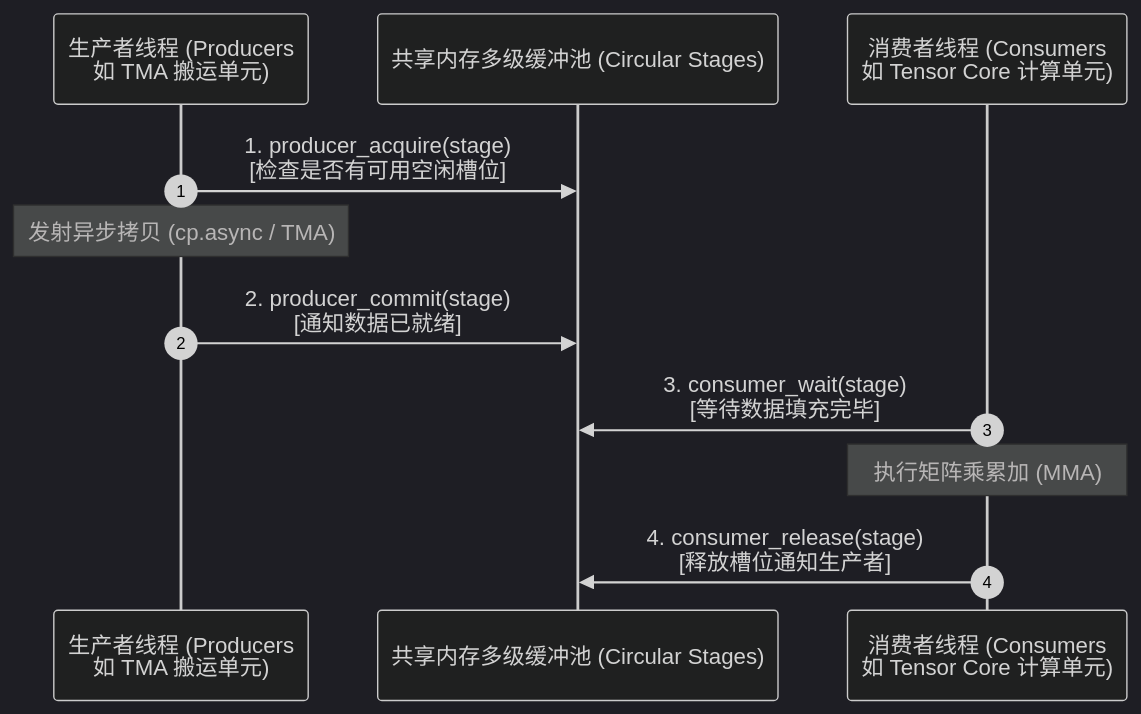
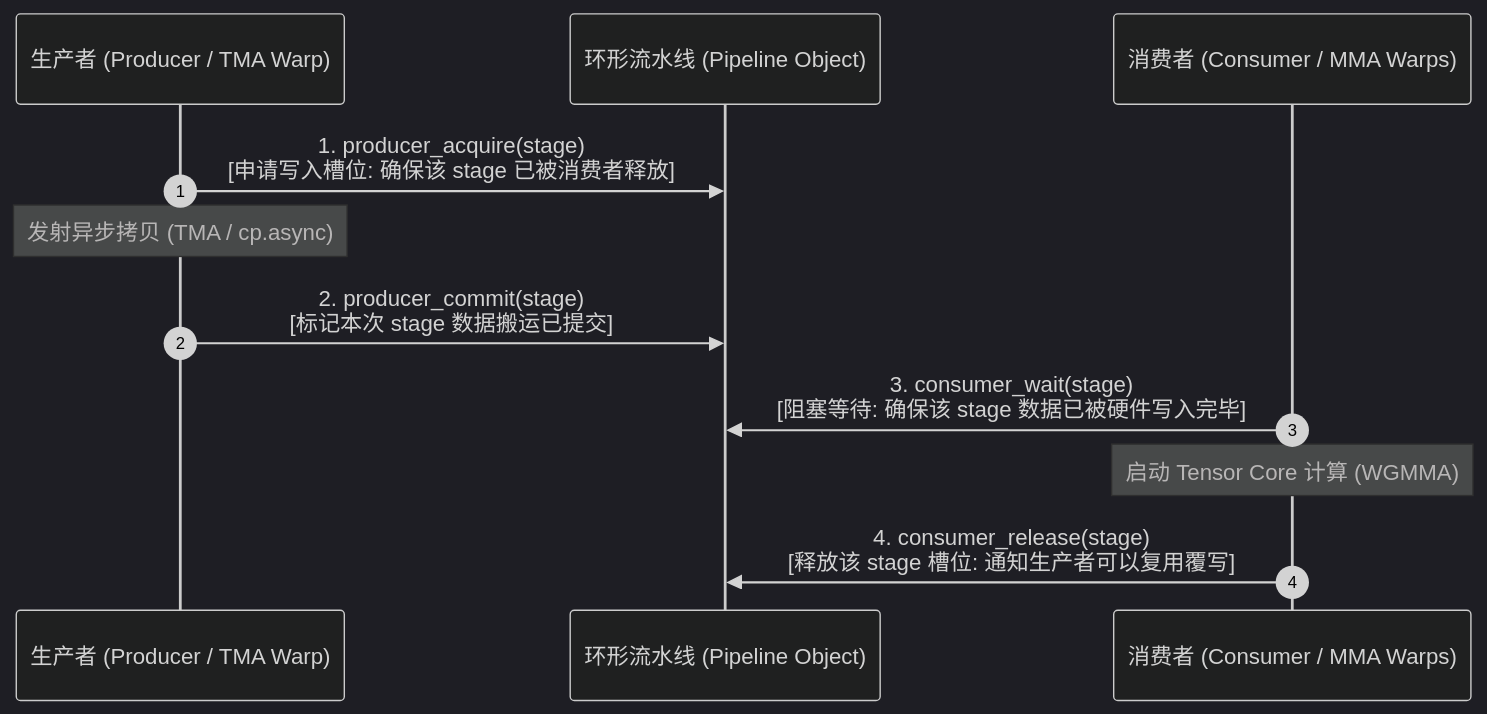
The fourth of 6 diagrams in docs/architecture/pipeline.md (MCJF28/cutlass-cute-zh), drawn with Mermaid (dark theme) before and after one commit. The commit also changed other lines of this file, not shown here.

Commit message:
docs: expand pipeline.md to 13k+ char architectural monograph on asynchronous pipelines and mbarrier

````diff
--- a/docs/architecture/pipeline.md
+++ b/docs/architecture/pipeline.md
@@ -29,15 +132,15 @@
 ```mermaid
 sequenceDiagram
     autonumber
-    participant P as 生产者线程 (Producers<br/>如 TMA 搬运单元)
-    participant B as 共享内存多级缓冲池 (Circular Stages)
-    participant C as 消费者线程 (Consumers<br/>如 Tensor Core 计算单元)
+    participant Producer as 生产者 (Producer / TMA Warp)
+    participant Pipe as 环形流水线 (Pipeline Object)
+    participant Consumer as 消费者 (Consumer / MMA Warps)
 
-    P->>B: 1. producer_acquire(stage)<br/>[检查是否有可用空闲槽位]
-    Note over P: 发射异步拷贝 (cp.async / TMA)
-    P->>B: 2. producer_commit(stage)<br/>[通知数据已就绪]
-    
-    C->>B: 3. consumer_wait(stage)<br/>[等待数据填充完毕]
-    Note over C: 执行矩阵乘累加 (MMA)
-    C->>B: 4. consumer_release(stage)<br/>[释放槽位通知生产者]
+    Producer->>Pipe: 1. producer_acquire(stage)<br/>[申请写入槽位: 确保该 stage 已被消费者释放]
+    Note over Producer: 发射异步拷贝 (TMA / cp.async)
+    Producer->>Pipe: 2. producer_commit(stage)<br/>[标记本次 stage 数据搬运已提交]
+
+    Consumer->>Pipe: 3. consumer_wait(stage)<br/>[阻塞等待: 确保该 stage 数据已被硬件写入完毕]
+    Note over Consumer: 启动 Tensor Core 计算 (WGMMA)
+    Consumer->>Pipe: 4. consumer_release(stage)<br/>[释放该 stage 槽位: 通知生产者可以复用覆写]
 ```
````
